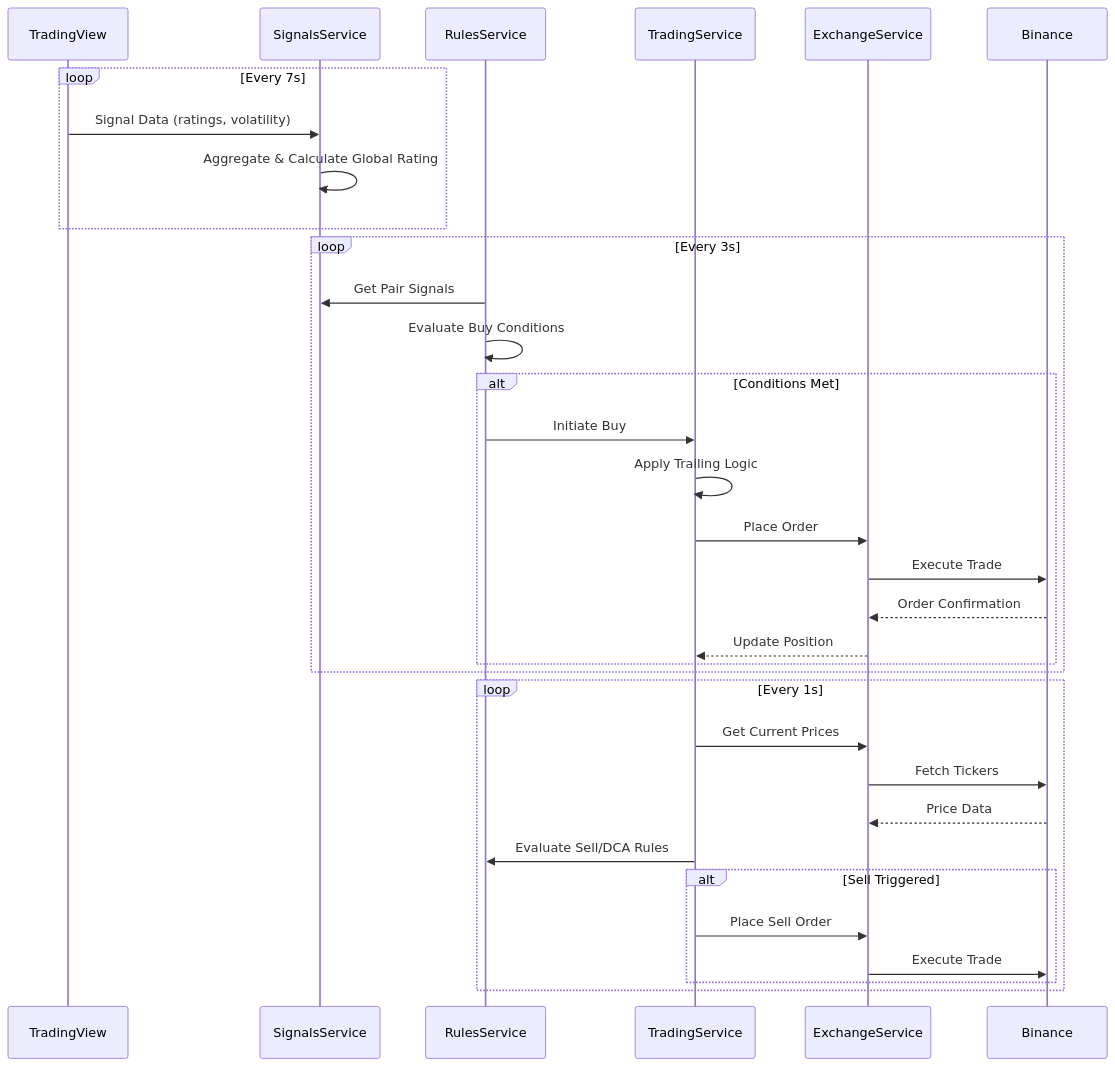
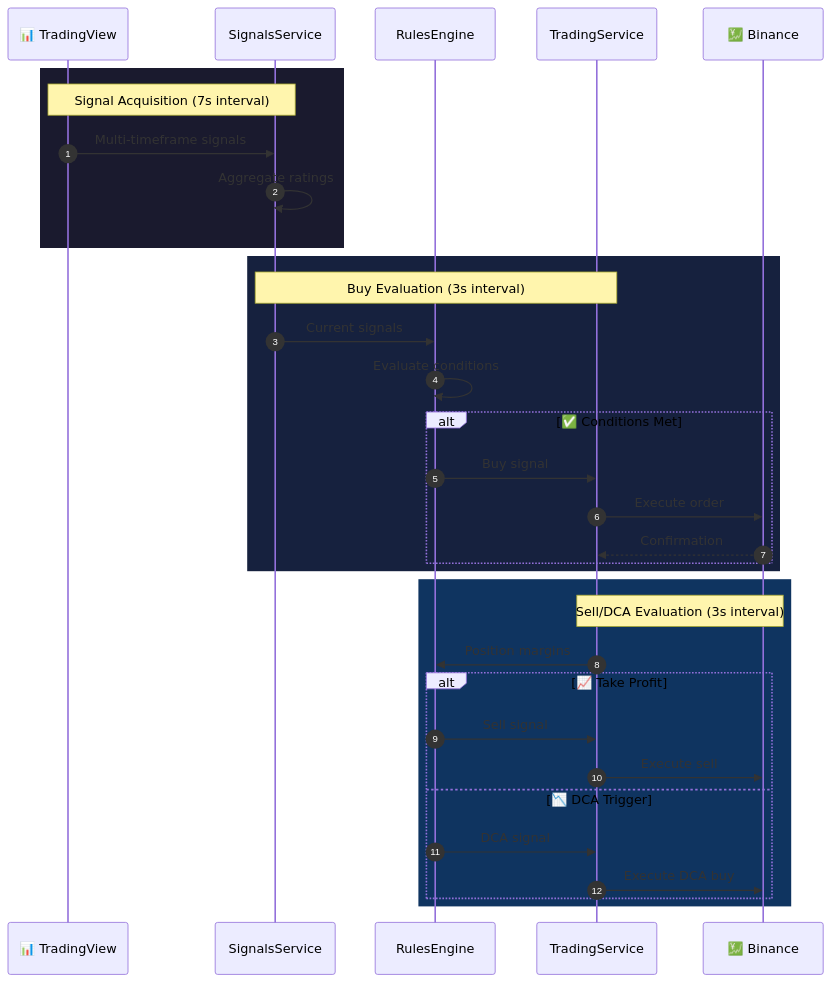
Before and after one commit to blackms/IntelliTrader: the second of 4 diagrams in README.md, drawn with Mermaid. The commit also changed other lines of this file, not shown here.

First line of the commit message:
docs(readme): modernize README with startup-grade styling and mermaid diagrams

````diff
--- a/README.md
+++ b/README.md
@@ -173,38 +212,38 @@
 ```mermaid
 sequenceDiagram
-    participant TV as TradingView
-    participant SS as SignalsService
-    participant RS as RulesService
-    participant TS as TradingService
-    participant ES as ExchangeService
-    participant BN as Binance
+    autonumber
+    participant TV as 📊 TradingView
+    participant SIG as SignalsService
+    participant RULES as RulesEngine
+    participant TRADE as TradingService
+    participant BN as 💹 Binance
 
-    loop Every 7s
-        TV->>SS: Signal Data (ratings, volatility)
-        SS->>SS: Aggregate & Calculate Global Rating
+    rect rgb(26, 26, 46)
+    note over TV,SIG: Signal Acquisition (7s interval)
+    TV->>SIG: Multi-timeframe signals
+    SIG->>SIG: Aggregate ratings
     end
 
-    loop Every 3s
-        RS->>SS: Get Pair Signals
-        RS->>RS: Evaluate Buy Conditions
-        alt Conditions Met
-            RS->>TS: Initiate Buy
-            TS->>TS: Apply Trailing Logic
-            TS->>ES: Place Order
-            ES->>BN: Execute Trade
-            BN-->>ES: Order Confirmation
-            ES-->>TS: Update Position
-        end
+    rect rgb(22, 33, 62)
+    note over SIG,TRADE: Buy Evaluation (3s interval)
+    SIG->>RULES: Current signals
+    RULES->>RULES: Evaluate conditions
+    alt ✅ Conditions Met
+        RULES->>TRADE: Buy signal
+        TRADE->>BN: Execute order
+        BN-->>TRADE: Confirmation
+    end
     end
 
-    loop Every 1s
-        TS->>ES: Get Current Prices
-        ES->>BN: Fetch Tickers
-        BN-->>ES: Price Data
-        TS->>RS: Evaluate Sell/DCA Rules
-        alt Sell Triggered
-            TS->>ES: Place Sell Order
-            ES->>BN: Execute Trade
-        end
+    rect rgb(15, 52, 96)
+    note over TRADE,BN: Sell/DCA Evaluation (3s interval)
+    TRADE->>RULES: Position margins
+    alt 📈 Take Profit
+        RULES->>TRADE: Sell signal
+        TRADE->>BN: Execute sell
+    else 📉 DCA Trigger
+        RULES->>TRADE: DCA signal
+        TRADE->>BN: Execute DCA buy
+    end
     end
 ```
````
